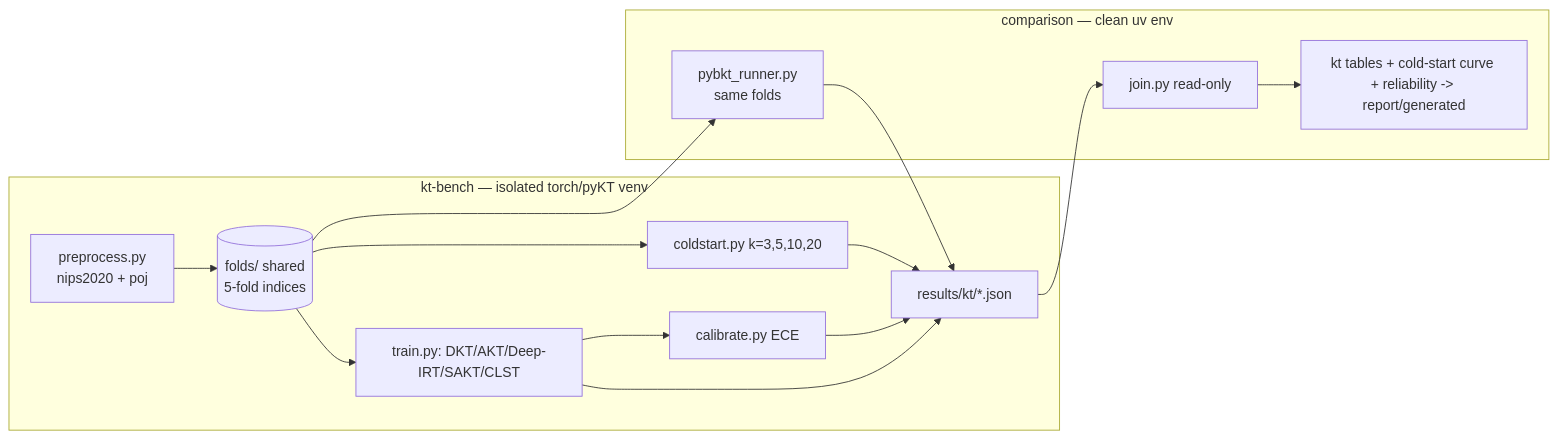
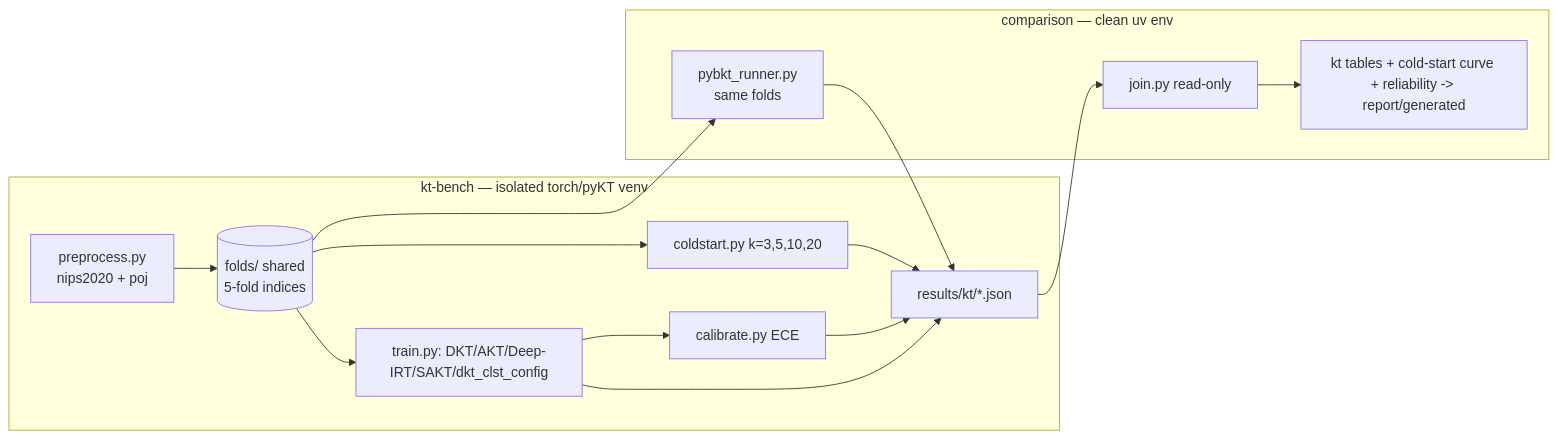
The diagram in plans/2026-06-13-research-tier-3-kt-bench.md (NotTheRealRohit/study-planner-web), drawn with Mermaid before and after one commit. The commit also changed other lines of this file and 41 other files, not shown here.

````diff
--- a/plans/2026-06-13-research-tier-3-kt-bench.md
+++ b/plans/2026-06-13-research-tier-3-kt-bench.md
@@ -159,13 +159,13 @@
 ```mermaid
 flowchart LR
     subgraph iso [kt-bench — isolated torch/pyKT venv]
       PRE[preprocess.py\nnips2020 + poj] --> FOLDS[(folds/ shared\n5-fold indices)]
-      FOLDS --> DEEP[train.py: DKT/AKT/Deep-IRT/SAKT/CLST] --> RJ1[results/kt/*.json]
+      FOLDS --> DEEP[train.py: DKT/AKT/Deep-IRT/SAKT/dkt_clst_config] --> RJ1[results/kt/*.json]
       FOLDS --> CS[coldstart.py k=3,5,10,20] --> RJ1
       DEEP --> CAL[calibrate.py ECE] --> RJ1
     end
     subgraph clean [comparison — clean uv env]
       FOLDS --> BKT[pybkt_runner.py\nsame folds] --> RJ1
       RJ1 --> JOIN[join.py read-only] --> TAB[kt tables + cold-start curve + reliability -> report/generated]
     end
 ```
````
